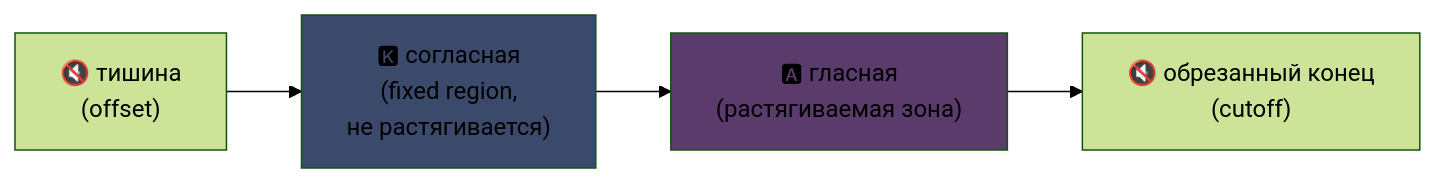
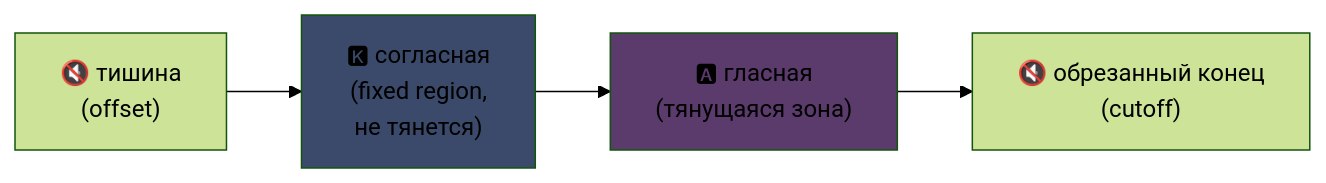
One commit to fox3000foxy/fox3000foxy.github.io changed the first of 2 diagrams in public/articles/ru/utau.md. Above: the diagram before and after it, drawn with Mermaid (forest theme). The commit also changed other lines of this file and 576 other files, not shown here.

````diff
--- a/public/articles/ru/utau.md
+++ b/public/articles/ru/utau.md
@@ -81,8 +81,8 @@
 ```mermaid
 flowchart LR
-    A["🔇 тишина<br/>(offset)"] --> B["🅺 согласная<br/>(fixed region,<br/>не растягивается)"]
-    B --> C["🅰 гласная<br/>(растягиваемая зона)"]
+    A["🔇 тишина<br/>(offset)"] --> B["🅺 согласная<br/>(fixed region,<br/>не тянется)"]
+    B --> C["🅰 гласная<br/>(тянущаяся зона)"]
     C --> D["🔇 обрезанный конец<br/>(cutoff)"]
     style B fill:#3b4a6b
     style C fill:#5b3b6b
 ```
````
